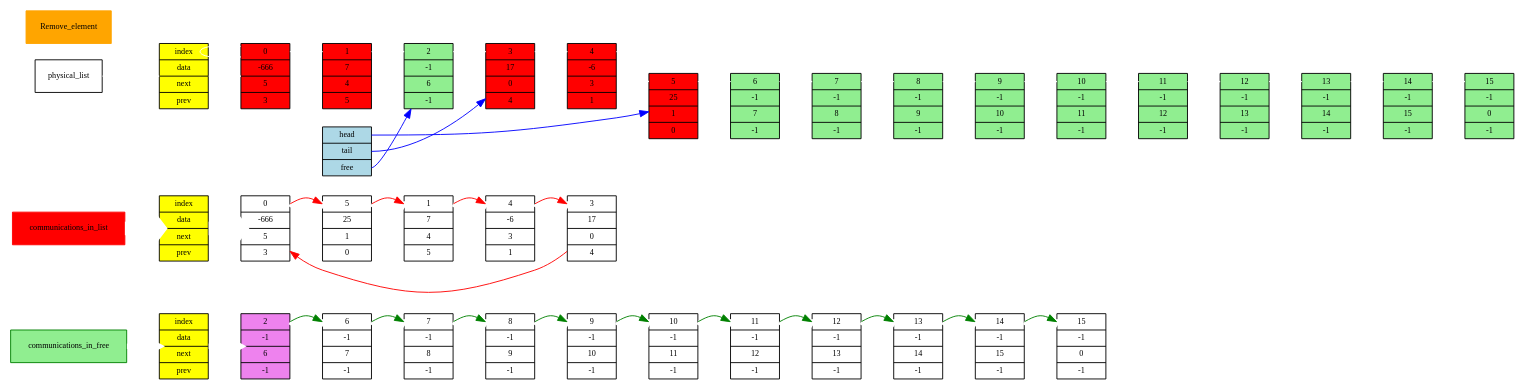
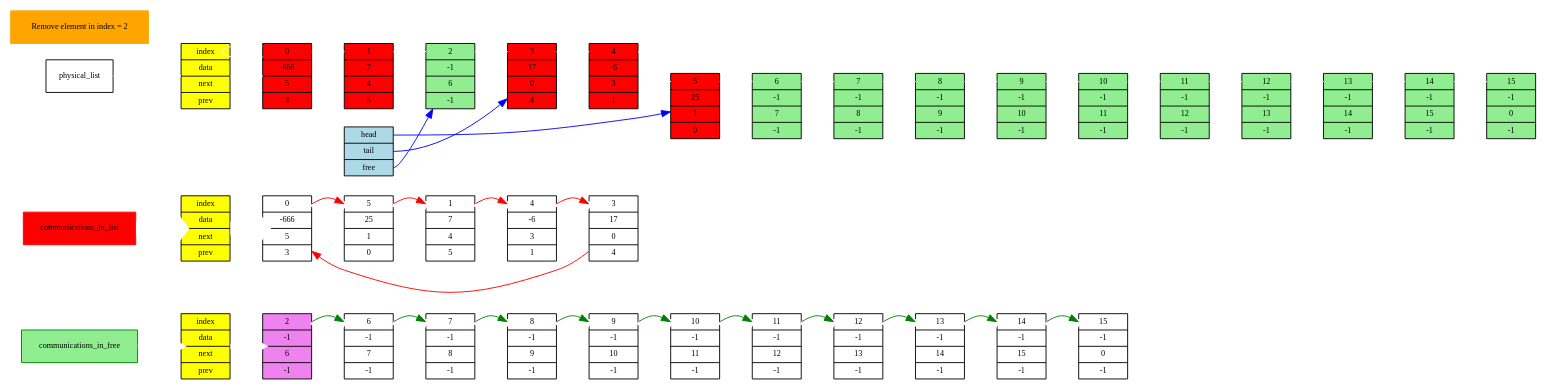
One commit to Alexandr26Starostin/list changed the diagram in list.dot. Above: the diagram before and after it, drawn with Graphviz. The commit also changed 13 other files, not shown here.

```diff
--- a/list.dot
+++ b/list.dot
@@ -1,103 +1,103 @@
 digraph
 {
 	rankdir = LR;
 	node[fontsize=9];
 	edge[color="green",fontsize=12]
 
 	subgraph
 	{
 		communications_in_free [shape="rectangle", color = "green", style="filled",fillcolor="lightgreen"]
 
 		names_free [shape=record, label=" index | data | next | prev ", style="filled",fillcolor="yellow"]
 
 		name2 [shape=record, label="<f2>    2 |   -1 |    6 |   -1 ", style="filled",fillcolor="violet"]
 		name6 [shape=record, label="<f6>    6 |   -1 |    7 |   -1 "]
 		name7 [shape=record, label="<f7>    7 |   -1 |    8 |   -1 "]
 		name8 [shape=record, label="<f8>    8 |   -1 |    9 |   -1 "]
 		name9 [shape=record, label="<f9>    9 |   -1 |   10 |   -1 "]
 		name10 [shape=record, label="<f10>   10 |   -1 |   11 |   -1 "]
 		name11 [shape=record, label="<f11>   11 |   -1 |   12 |   -1 "]
 		name12 [shape=record, label="<f12>   12 |   -1 |   13 |   -1 "]
 		name13 [shape=record, label="<f13>   13 |   -1 |   14 |   -1 "]
 		name14 [shape=record, label="<f14>   14 |   -1 |   15 |   -1 "]
 		name15 [shape=record, label="<f15>   15 |   -1 |    0 |   -1 "]
 		
 		name2:<f2> -> name6:<f6> -> name7:<f7> -> name8:<f8> -> name9:<f9> -> name10:<f10> -> name11:<f11> -> name12:<f12> -> name13:<f13> -> name14:<f14> -> name15:<f15> [penwidth = 6.0, color="white"]
 		name2:<f2> -> name6:<f6> -> name7:<f7> -> name8:<f8> -> name9:<f9> -> name10:<f10> -> name11:<f11> -> name12:<f12> -> name13:<f13> -> name14:<f14> -> name15:<f15> 
 
 		communications_in_free -> names_free -> name2 [penwidth = 6.0, color="white"]
 	}
 
 	edge[color="red",fontsize=12]
 
 	subgraph
 	{
 		communications_in_list [shape="rectangle", color = "red", style="filled",fillcolor="red"]
 
 		names_list [shape=record, label=" index | data | next | prev ", style="filled",fillcolor="yellow"]
 
 		name0 [shape=record, label="<f0>    0 | -666 |    5 |    3 "]
 		name5 [shape=record, label="<f5>    5 |   25 |    1 |    0 "]
 		name1 [shape=record, label="<f1>    1 |    7 |    4 |    5 "]
 		name4 [shape=record, label="<f4>    4 |   -6 |    3 |    1 "]
 		name3 [shape=record, label="<f3>    3 |   17 |    0 |    4 "]
 		
 		name0:<f0> -> name5:<f5> -> name1:<f1> -> name4:<f4> -> name3:<f3> [penwidth = 6.0, color="white"]
 		name0:<f0> -> name5:<f5> -> name1:<f1> -> name4:<f4> -> name3:<f3> 
 		name3 -> name0
 		communications_in_list -> names_list -> name0 [penwidth = 15.0, color="white"]
 	}
 
 	edge[color="white",fontsize=12]
 
 	subgraph
 	{
 		header [shape=record, label="<f0> head | <f1> tail | <f2> free", style="filled",fillcolor="lightblue"]
 	}
 		edge[color="blue",fontsize=12]
 
 	subgraph
 	{
 		header:<f0> -> name_ph5
 	header:<f1> -> name_ph3
 	header:<f2> -> name_ph2
 	}
 
 	edge[color="white",fontsize=12]
 
 	subgraph
 	{
 		physical_list [shape="rectangle", color = "black"]
 
 		names_physical_list [shape=record, label=" index | data | next | prev ", style="filled",fillcolor="yellow"]
 
 		name_ph0 [shape=record, label="<f0>    0 | -666 |    5 |    3 ", style="filled",fillcolor="red"]
 		name_ph1 [shape=record, label="<f1>    1 |    7 |    4 |    5 ", style="filled",fillcolor="red"]
 		name_ph2 [shape=record, label="<f2>    2 |   -1 |    6 |   -1 ", style="filled",fillcolor="lightgreen"]
 		name_ph3 [shape=record, label="<f3>    3 |   17 |    0 |    4 ", style="filled",fillcolor="red"]
 		name_ph4 [shape=record, label="<f4>    4 |   -6 |    3 |    1 ", style="filled",fillcolor="red"]
 		name_ph5 [shape=record, label="<f5>    5 |   25 |    1 |    0 ", style="filled",fillcolor="red"]
 		name_ph6 [shape=record, label="<f6>    6 |   -1 |    7 |   -1 ", style="filled",fillcolor="lightgreen"]
 		name_ph7 [shape=record, label="<f7>    7 |   -1 |    8 |   -1 ", style="filled",fillcolor="lightgreen"]
 		name_ph8 [shape=record, label="<f8>    8 |   -1 |    9 |   -1 ", style="filled",fillcolor="lightgreen"]
 		name_ph9 [shape=record, label="<f9>    9 |   -1 |   10 |   -1 ", style="filled",fillcolor="lightgreen"]
 		name_ph10 [shape=record, label="<f10>   10 |   -1 |   11 |   -1 ", style="filled",fillcolor="lightgreen"]
 		name_ph11 [shape=record, label="<f11>   11 |   -1 |   12 |   -1 ", style="filled",fillcolor="lightgreen"]
 		name_ph12 [shape=record, label="<f12>   12 |   -1 |   13 |   -1 ", style="filled",fillcolor="lightgreen"]
 		name_ph13 [shape=record, label="<f13>   13 |   -1 |   14 |   -1 ", style="filled",fillcolor="lightgreen"]
 		name_ph14 [shape=record, label="<f14>   14 |   -1 |   15 |   -1 ", style="filled",fillcolor="lightgreen"]
 		name_ph15 [shape=record, label="<f15>   15 |   -1 |    0 |   -1 ", style="filled",fillcolor="lightgreen"]
 		
 		name_ph0:<f0> -> name_ph0:<f0> -> name_ph1:<f1> -> name_ph2:<f2> -> name_ph3:<f3> -> name_ph4:<f4> -> name_ph5:<f5> -> name_ph6:<f6> -> name_ph7:<f7> -> name_ph8:<f8> -> name_ph9:<f9> -> name_ph10:<f10> -> name_ph11:<f11> -> name_ph12:<f12> -> name_ph13:<f13> -> name_ph14:<f14> -> name_ph15:<f15> 
 		physical_list -> names_physical_list -> name_ph0
 	}
 
 	edge[color="white",fontsize=12]
 
 	subgraph
 	{
-		Remove_element[shape="rectangle", color = "orange", style="filled",fillcolor="orange"]
+		OPERATION[shape="rectangle", label = "Remove element in index = 2" color = "orange", style="filled",fillcolor="orange"]
 	}
 
 	
 }
```
